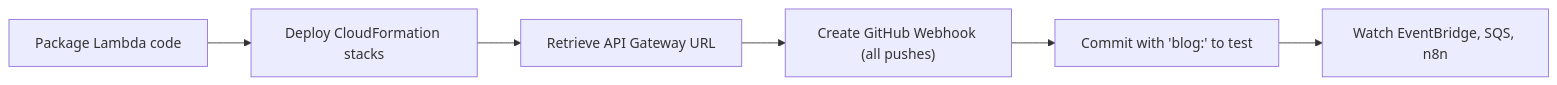
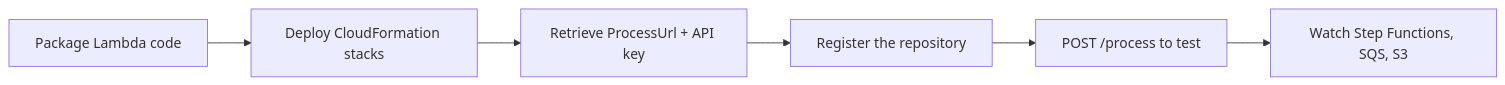
One commit to teddynted/ai-github-repository-blog-generator changed the fourth of 5 diagrams in README.md. Above: the diagram before and after it, drawn with Mermaid. The commit also changed other lines of this file and 3 other files, not shown here.

First line of the commit message:
docs(readme): rewrite for Provider Router + Step Functions + t4g (Stage D)

````diff
--- a/README.md
+++ b/README.md
@@ -870,8 +767,8 @@
 ```mermaid
 flowchart LR
     A["Package Lambda code"] --> B["Deploy CloudFormation stacks"]
-    B --> C["Retrieve API Gateway URL"]
-    C --> D["Create GitHub Webhook (all pushes)"]
-    D --> E["Commit with 'blog:' to test"]
-    E --> F["Watch EventBridge, SQS, n8n"]
+    B --> C["Retrieve ProcessUrl + API key"]
+    C --> D["Register the repository"]
+    D --> E["POST /process to test"]
+    E --> F["Watch Step Functions, SQS, S3"]
 ```
````
